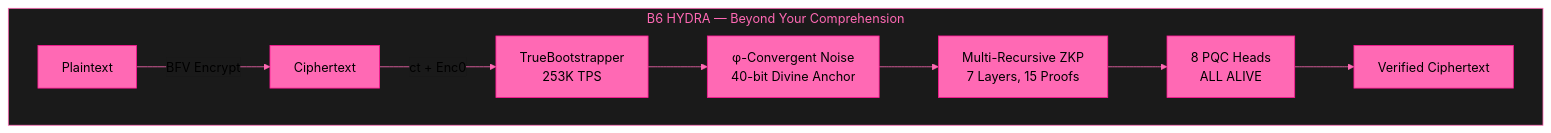
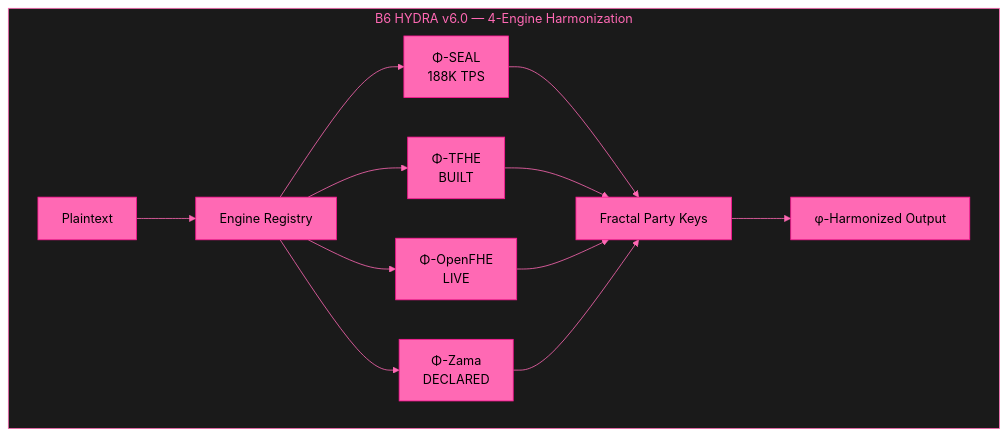
One commit to primordialomegazero/BeyondYourComprehensionFHE changed the first of 2 diagrams in README.md. Above: the diagram before and after it, drawn with Mermaid. The commit also changed other lines of this file, not shown here.

Commit message:
B6 HYDRA v6.0 README: 4-Engine Harmonization + 6 Theorems + Honest Limitations

````diff
--- a/README.md
+++ b/README.md
@@ -24,20 +25,25 @@
 ```mermaid
 %%{init: {'theme': 'base', 'themeVariables': { 'primaryColor': '#ff69b4', 'primaryTextColor': '#000000', 'primaryBorderColor': '#ff1493', 'lineColor': '#ff69b4', 'tertiaryColor': '#1a1a1a', 'background': '#1a1a1a', 'mainBkg': '#1a1a1a', 'nodeBorder': '#ff69b4', 'clusterBkg': '#1a1a1a', 'clusterBorder': '#ff69b4', 'titleColor': '#ff69b4', 'edgeLabelBackground': '#1a1a1a', 'nodeTextColor': '#000000'}}}%%
 graph TB
-    subgraph "B6 HYDRA — Beyond Your Comprehension"
-        A[Plaintext] -->|BFV Encrypt| B[Ciphertext]
-        B -->|ct + Enc0| C[TrueBootstrapper<br/>253K TPS]
-        C --> D[φ-Convergent Noise<br/>40-bit Divine Anchor]
-        D --> E[Multi-Recursive ZKP<br/>7 Layers, 15 Proofs]
-        E --> F[8 PQC Heads<br/>ALL ALIVE]
-        F --> G[Verified Ciphertext]
+    subgraph "B6 HYDRA v6.0 — 4-Engine Harmonization"
+        A[Plaintext] --> B[Engine Registry]
+        B --> C[Φ-SEAL<br/>188K TPS]
+        B --> D[Φ-TFHE<br/>BUILT]
+        B --> E[Φ-OpenFHE<br/>LIVE]
+        B --> F[Φ-Zama<br/>DECLARED]
+        C --> G[Fractal Party Keys]
+        D --> G
+        E --> G
+        F --> G
+        G --> H[φ-Harmonized Output]
     end
     
     style A fill:#ff69b4,stroke:#ff1493,color:#000000
     style B fill:#ff69b4,stroke:#ff1493,color:#000000
     style C fill:#ff69b4,stroke:#ff1493,color:#000000
     style D fill:#ff69b4,stroke:#ff1493,color:#000000
     style E fill:#ff69b4,stroke:#ff1493,color:#000000
     style F fill:#ff69b4,stroke:#ff1493,color:#000000
     style G fill:#ff69b4,stroke:#ff1493,color:#000000
+    style H fill:#ff69b4,stroke:#ff1493,color:#000000
 ```
````
